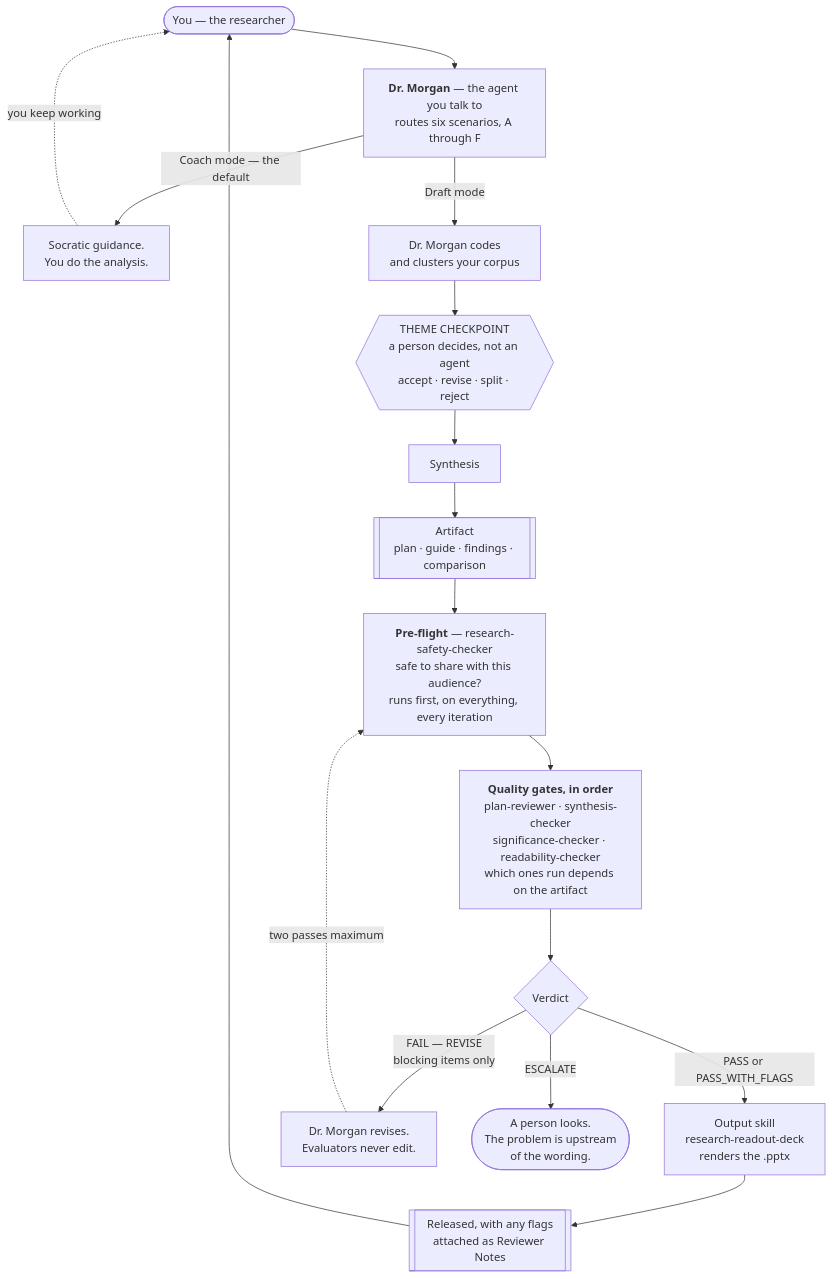
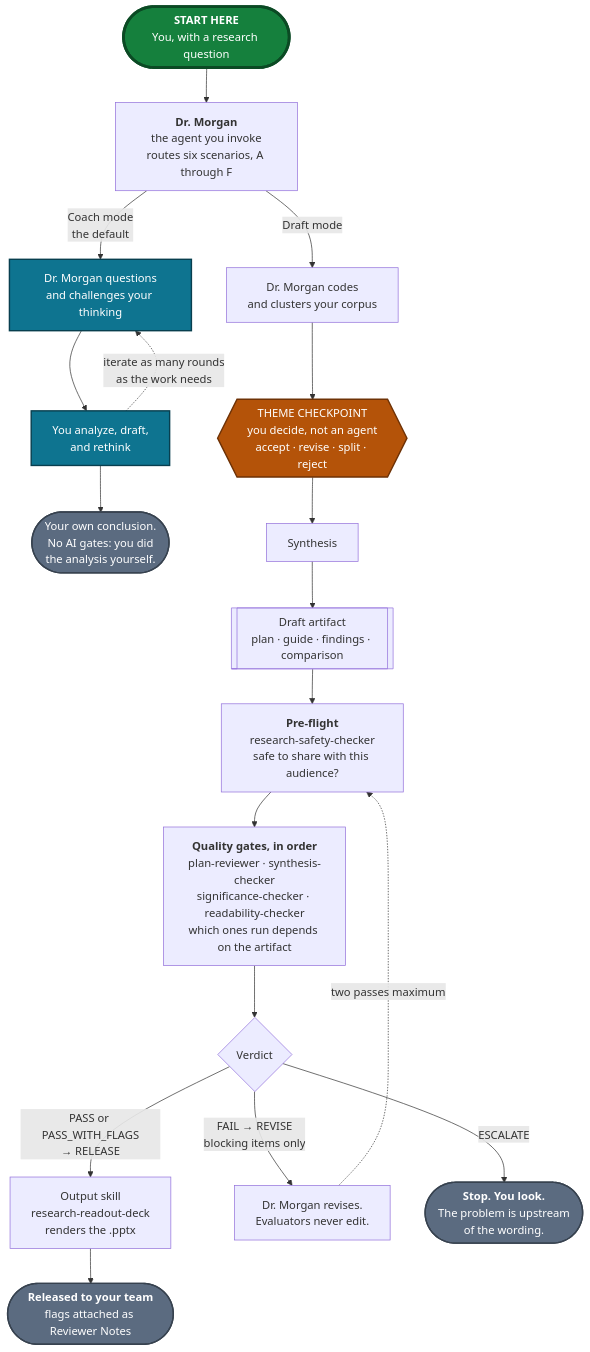
One commit to kirstenhosic/UX-Research-Skills changed the diagram in README.md. Above: the diagram before and after it, drawn with Mermaid. The commit also changed other lines of this file, not shown here.

````diff
--- a/README.md
+++ b/README.md
@@ -90,26 +90,38 @@
 ```mermaid
 flowchart TD
-    R(["You — the researcher"])
-    R --> DM["<b>Dr. Morgan</b> — the agent you talk to<br/>routes six scenarios, A through F"]
+    START(["<b>START HERE</b><br/>You, with a research question"])
+    START --> DM
 
-    DM -->|"Coach mode — the default"| C["Socratic guidance.<br/>You do the analysis."]
-    C -.->|"you keep working"| R
+    DM["<b>Dr. Morgan</b><br/>the agent you invoke<br/>routes six scenarios, A through F"]
+
+    DM -->|"Coach mode<br/>the default"| COACH["Dr. Morgan questions<br/>and challenges your thinking"]
+    COACH --> WORK["You analyze, draft,<br/>and rethink"]
+    WORK -.->|"iterate as many rounds<br/>as the work needs"| COACH
+    WORK --> ENDC(["Your own conclusion.<br/>No AI gates: you did<br/>the analysis yourself."])
 
     DM -->|"Draft mode"| CL["Dr. Morgan codes<br/>and clusters your corpus"]
-    CL --> TC{{"THEME CHECKPOINT<br/>a person decides, not an agent<br/>accept · revise · split · reject"}}
+    CL --> TC{{"THEME CHECKPOINT<br/>you decide, not an agent<br/>accept · revise · split · reject"}}
     TC --> SY["Synthesis"]
-    SY --> ART[["Artifact<br/>plan · guide · findings · comparison"]]
+    SY --> ART[["Draft artifact<br/>plan · guide · findings · comparison"]]
 
-    ART --> PF["<b>Pre-flight</b> — research-safety-checker<br/>safe to share with this audience?<br/>runs first, on everything, every iteration"]
+    ART --> PF["<b>Pre-flight</b><br/>research-safety-checker<br/>safe to share with this audience?"]
     PF --> G["<b>Quality gates, in order</b><br/>plan-reviewer · synthesis-checker<br/>significance-checker · readability-checker<br/>which ones run depends on the artifact"]
     G --> V{"Verdict"}
 
-    V -->|"PASS or PASS_WITH_FLAGS"| SK["Output skill<br/>research-readout-deck<br/>renders the .pptx"]
-    SK --> OUT[["Released, with any flags<br/>attached as Reviewer Notes"]]
-    OUT --> R
+    V -->|"PASS or PASS_WITH_FLAGS<br/>→ RELEASE"| SK["Output skill<br/>research-readout-deck<br/>renders the .pptx"]
+    SK --> ENDR(["<b>Released to your team</b><br/>flags attached as Reviewer Notes"])
 
-    V -->|"FAIL — REVISE<br/>blocking items only"| RV["Dr. Morgan revises.<br/>Evaluators never edit."]
+    V -->|"FAIL → REVISE<br/>blocking items only"| RV["Dr. Morgan revises.<br/>Evaluators never edit."]
     RV -.->|"two passes maximum"| PF
 
-    V -->|"ESCALATE"| ES(["A person looks.<br/>The problem is upstream<br/>of the wording."])
+    V -->|"ESCALATE"| ENDE(["<b>Stop. You look.</b><br/>The problem is upstream<br/>of the wording."])
+
+    classDef entry  fill:#15803D,stroke:#0B4A24,stroke-width:4px,color:#FFFFFF
+    classDef coach  fill:#0E7490,stroke:#083F4F,stroke-width:2px,color:#FFFFFF
+    classDef human  fill:#B45309,stroke:#6E3206,stroke-width:2px,color:#FFFFFF
+    classDef ending fill:#5B6B80,stroke:#37424F,stroke-width:2px,color:#FFFFFF
+    class START entry
+    class COACH,WORK coach
+    class TC human
+    class ENDC,ENDR,ENDE ending
 ```
````
